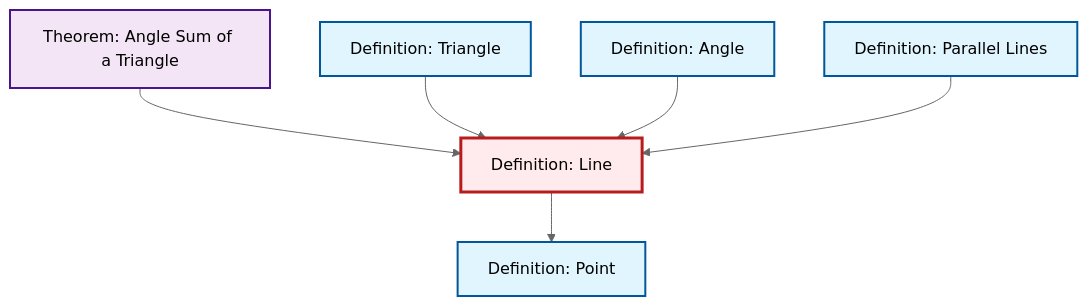
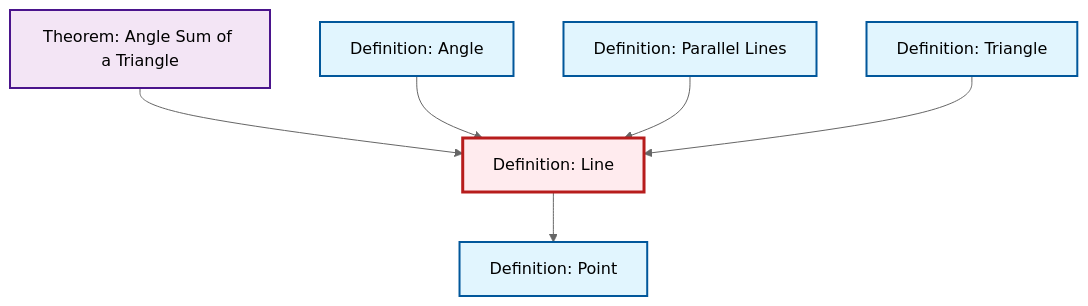
Before and after one commit to RK0429/ModernMath: the diagram in content/en/geometry/def-line.qmd, drawn with Mermaid (neutral theme). The commit also changed other lines of this file and 634 other files, not shown here.

````diff
--- a/content/en/geometry/def-line.qmd
+++ b/content/en/geometry/def-line.qmd
@@ -45,26 +45,26 @@
 ```{mermaid}
 %%| fig-cap: "Local dependency graph"
 graph TD
     classDef definition fill:#e1f5fe,stroke:#01579b,stroke-width:2px
     classDef theorem fill:#f3e5f5,stroke:#4a148c,stroke-width:2px
     classDef axiom fill:#fff3e0,stroke:#e65100,stroke-width:2px
     classDef example fill:#e8f5e9,stroke:#1b5e20,stroke-width:2px
     classDef current fill:#ffebee,stroke:#b71c1c,stroke-width:3px
+    def-point["Definition: Point"]:::definition
     def-parallel["Definition: Parallel Lines"]:::definition
-    def-point["Definition: Point"]:::definition
+    def-triangle["Definition: Triangle"]:::definition
     thm-angle-sum-triangle["Theorem: Angle Sum of a Triangle"]:::theorem
-    def-triangle["Definition: Triangle"]:::definition
+    def-angle["Definition: Angle"]:::definition
     def-line["Definition: Line"]:::definition
-    def-angle["Definition: Angle"]:::definition
     thm-angle-sum-triangle --> def-line
-    def-triangle --> def-line
     def-angle --> def-line
     def-parallel --> def-line
+    def-triangle --> def-line
     def-line --> def-point
     class def-line current
+    click def-point "def-point.html" "Go to Point definition"
     click def-parallel "def-parallel.html" "Go to Parallel Lines definition"
-    click def-point "def-point.html" "Go to Point definition"
+    click def-triangle "def-triangle.html" "Go to Triangle definition"
     click thm-angle-sum-triangle "thm-angle-sum-triangle.html" "Go to Angle Sum of a Triangle theorem"
-    click def-triangle "def-triangle.html" "Go to Triangle definition"
     click def-angle "def-angle.html" "Go to Angle definition"
 ```
````
